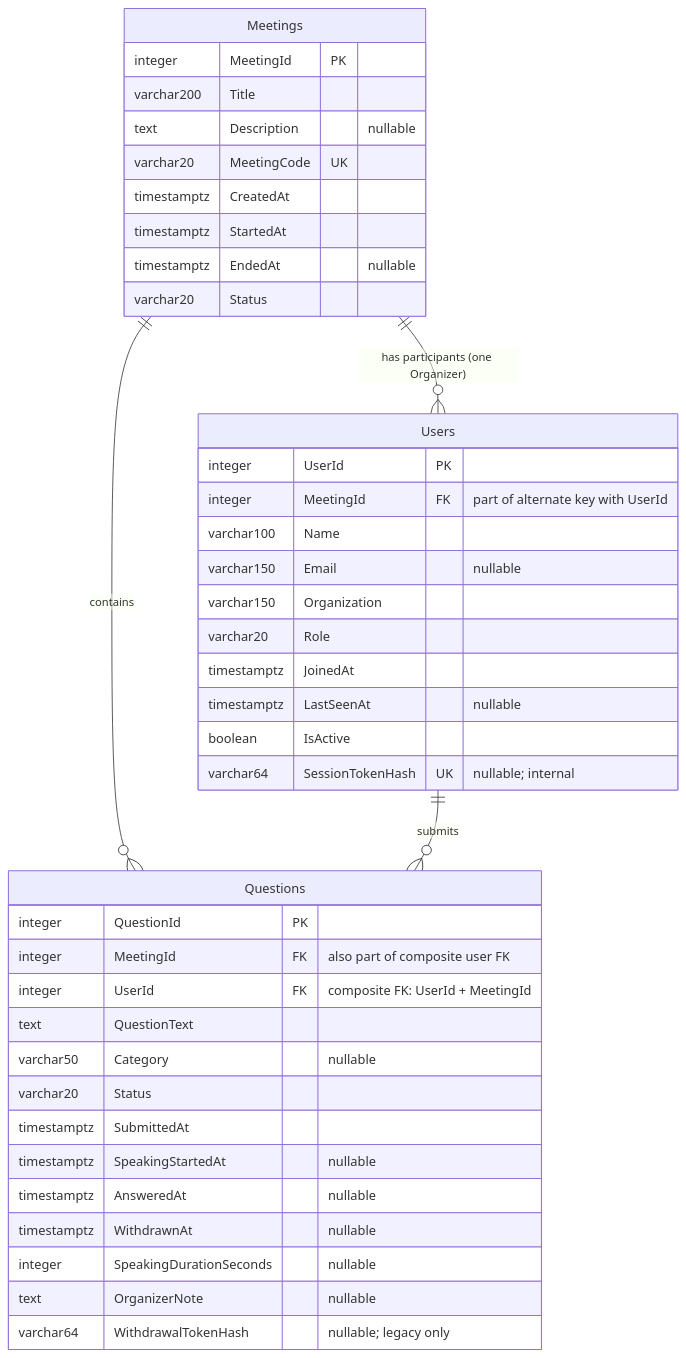
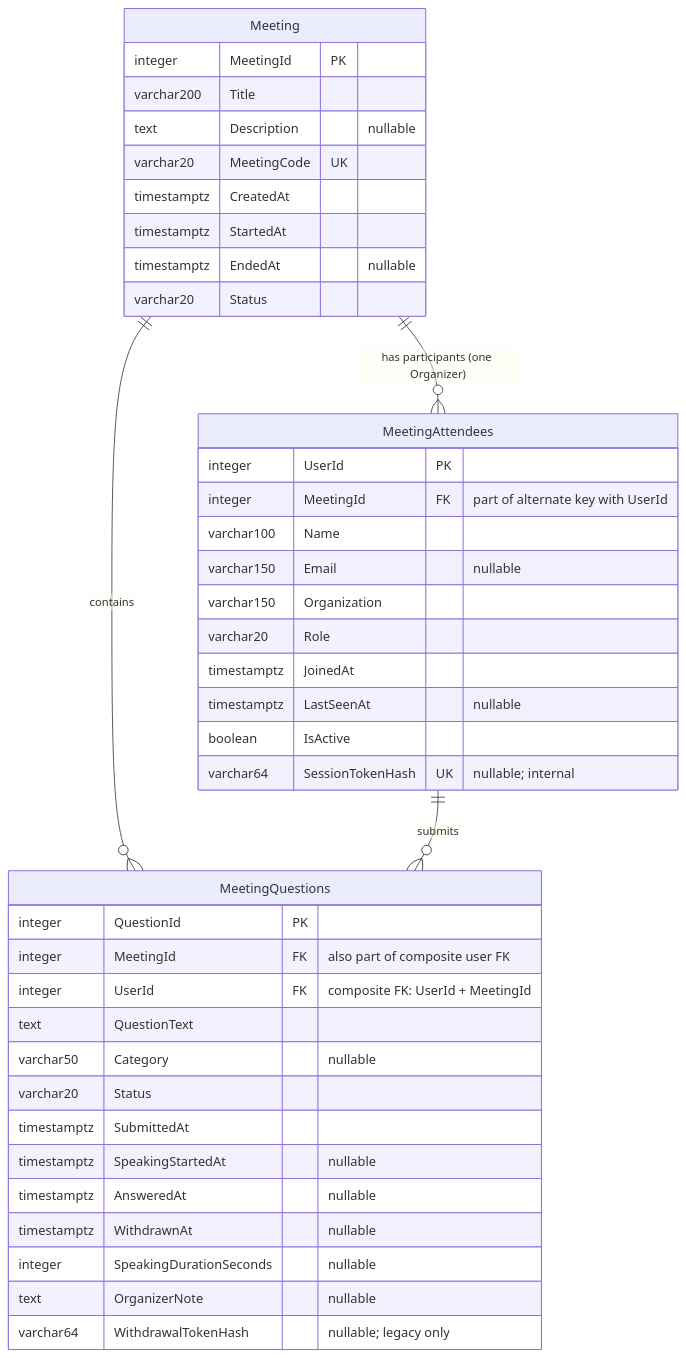
The diagram in docs/database-er.mmd (abhiilekhborah/Smart-Meeting-Origanizer), drawn with Mermaid before and after one commit. The commit also changed 128 other files, not shown here.

```diff
--- a/docs/database-er.mmd
+++ b/docs/database-er.mmd
@@ -1,41 +1,41 @@
 erDiagram
-    Meetings ||--o{ Users : "has participants (one Organizer)"
-    Meetings ||--o{ Questions : contains
-    Users ||--o{ Questions : submits
-    Meetings {
+    Meeting ||--o{ MeetingAttendees : "has participants (one Organizer)"
+    Meeting ||--o{ MeetingQuestions : contains
+    MeetingAttendees ||--o{ MeetingQuestions : submits
+    Meeting {
         integer MeetingId PK
         varchar200 Title
         text Description "nullable"
         varchar20 MeetingCode UK
         timestamptz CreatedAt
         timestamptz StartedAt
         timestamptz EndedAt "nullable"
         varchar20 Status
     }
-    Users {
+    MeetingAttendees {
         integer UserId PK
         integer MeetingId FK "part of alternate key with UserId"
         varchar100 Name
         varchar150 Email "nullable"
         varchar150 Organization
         varchar20 Role
         timestamptz JoinedAt
         timestamptz LastSeenAt "nullable"
         boolean IsActive
         varchar64 SessionTokenHash UK "nullable; internal"
     }
-    Questions {
+    MeetingQuestions {
         integer QuestionId PK
         integer MeetingId FK "also part of composite user FK"
         integer UserId FK "composite FK: UserId + MeetingId"
         text QuestionText
         varchar50 Category "nullable"
         varchar20 Status
         timestamptz SubmittedAt
         timestamptz SpeakingStartedAt "nullable"
         timestamptz AnsweredAt "nullable"
         timestamptz WithdrawnAt "nullable"
         integer SpeakingDurationSeconds "nullable"
         text OrganizerNote "nullable"
         varchar64 WithdrawalTokenHash "nullable; legacy only"
     }
```
